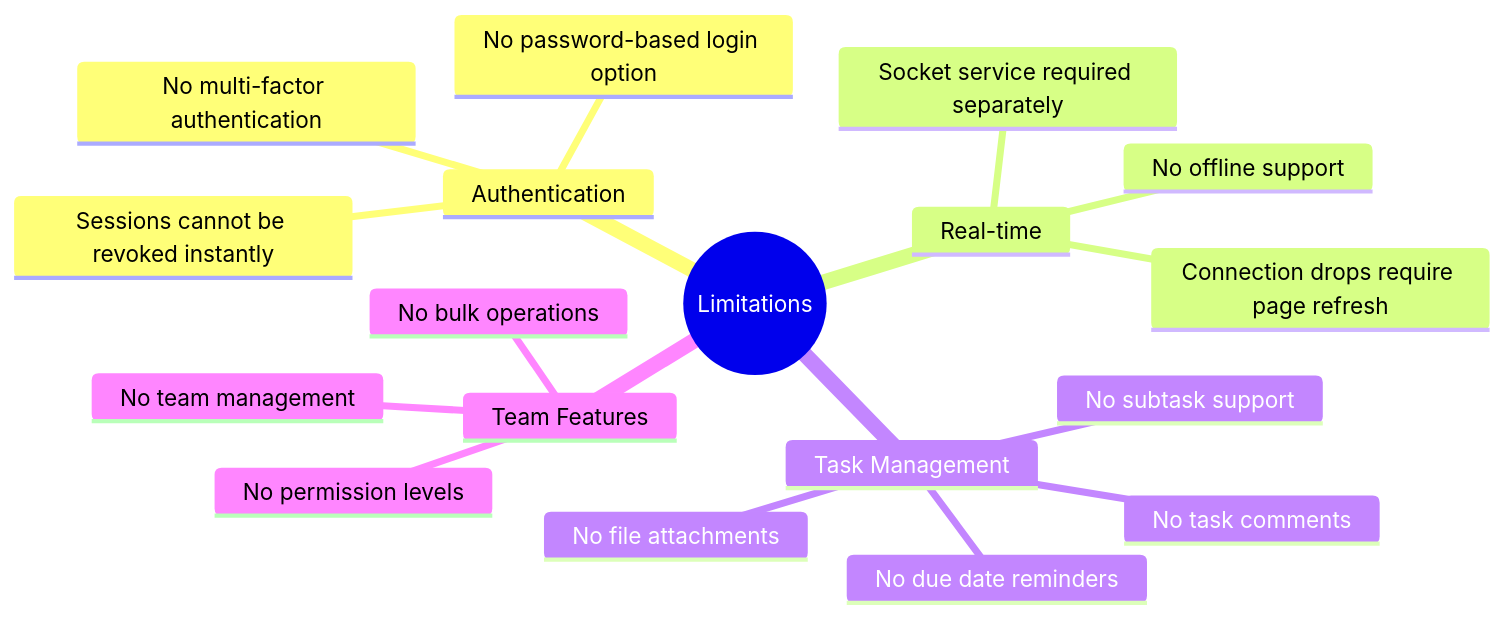
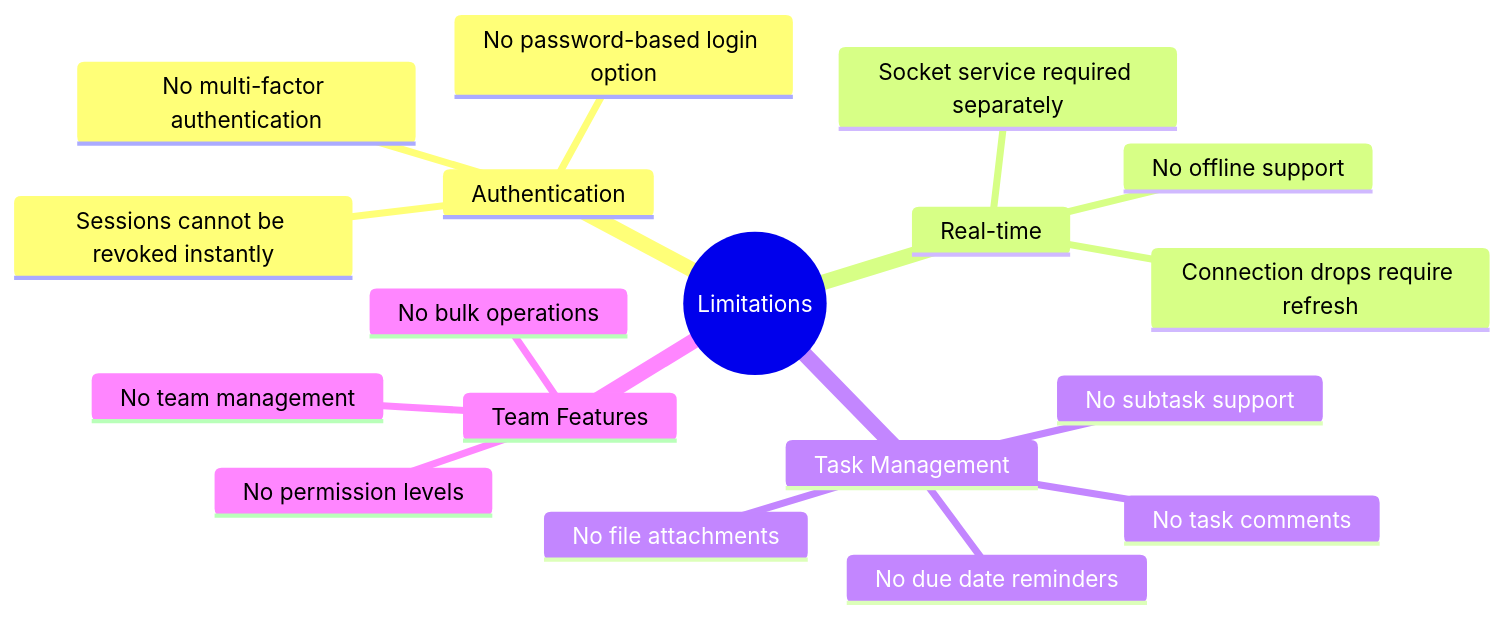
One commit to anshsharmacse/Real-time-Collaborative-Task-Manager changed diagram 21 of 24 in README.md. Above: the diagram before and after it, drawn with Mermaid. The commit also changed other lines of this file, not shown here.

````diff
--- a/README.md
+++ b/README.md
@@ -1150,21 +1085,21 @@
 ```mermaid
 mindmap
   root((Limitations))
     Authentication
       No multi-factor authentication
       No password-based login option
       Sessions cannot be revoked instantly
     Real-time
       Socket service required separately
       No offline support
-      Connection drops require page refresh
+      Connection drops require refresh
     Task Management
       No due date reminders
       No file attachments
       No task comments
       No subtask support
     Team Features
       No team management
       No permission levels
       No bulk operations
 ```
````
